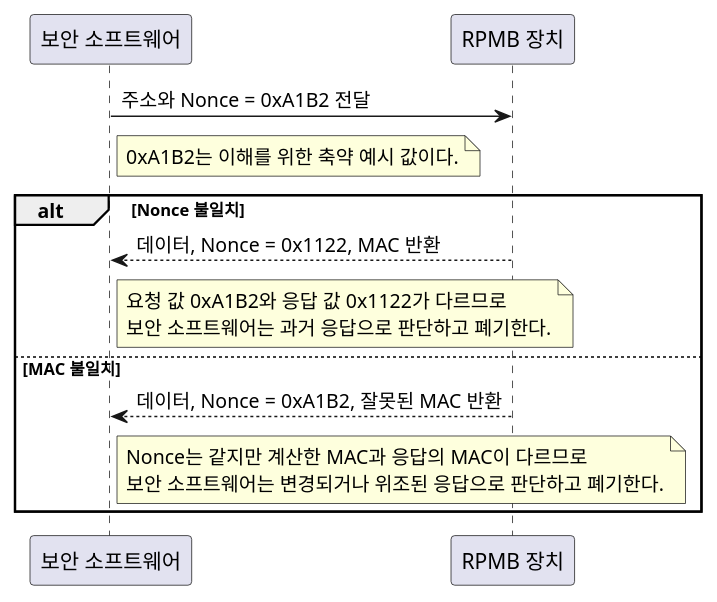
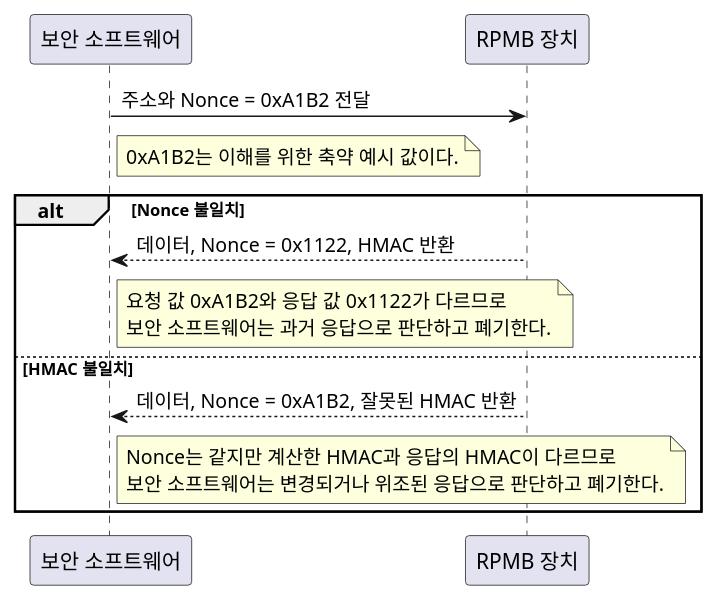
The first of 2 diagrams in survey/RPMB.md (boram1288/test-p), drawn with PlantUML before and after one commit. The commit also changed other lines of this file, not shown here.

Commit message:
docs: use HMAC terminology in RPMB guide

````diff
--- a/survey/RPMB.md
+++ b/survey/RPMB.md
@@ -31,25 +31,25 @@
 ```plantuml
 @startuml
 participant "보안 소프트웨어" as SecureSoftware
 participant "RPMB 장치" as RPMBDevice
 
 SecureSoftware -> RPMBDevice: 주소와 Nonce = 0xA1B2 전달
 note right of SecureSoftware
   0xA1B2는 이해를 위한 축약 예시 값이다.
 end note
 
 alt Nonce 불일치
-    RPMBDevice --> SecureSoftware: 데이터, Nonce = 0x1122, MAC 반환
+    RPMBDevice --> SecureSoftware: 데이터, Nonce = 0x1122, HMAC 반환
     note right of SecureSoftware
       요청 값 0xA1B2와 응답 값 0x1122가 다르므로
       보안 소프트웨어는 과거 응답으로 판단하고 폐기한다.
     end note
-else MAC 불일치
-    RPMBDevice --> SecureSoftware: 데이터, Nonce = 0xA1B2, 잘못된 MAC 반환
+else HMAC 불일치
+    RPMBDevice --> SecureSoftware: 데이터, Nonce = 0xA1B2, 잘못된 HMAC 반환
     note right of SecureSoftware
-      Nonce는 같지만 계산한 MAC과 응답의 MAC이 다르므로
+      Nonce는 같지만 계산한 HMAC과 응답의 HMAC이 다르므로
       보안 소프트웨어는 변경되거나 위조된 응답으로 판단하고 폐기한다.
     end note
 end
 @enduml
 ```
````
